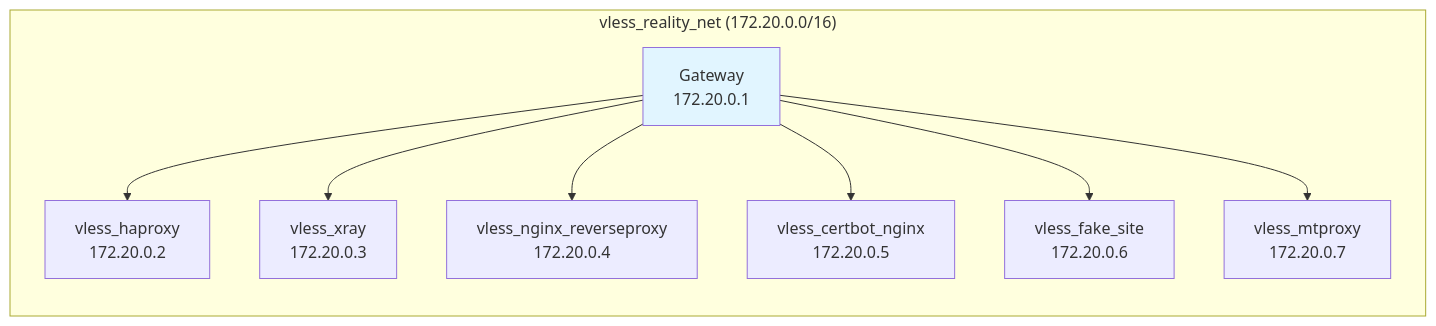
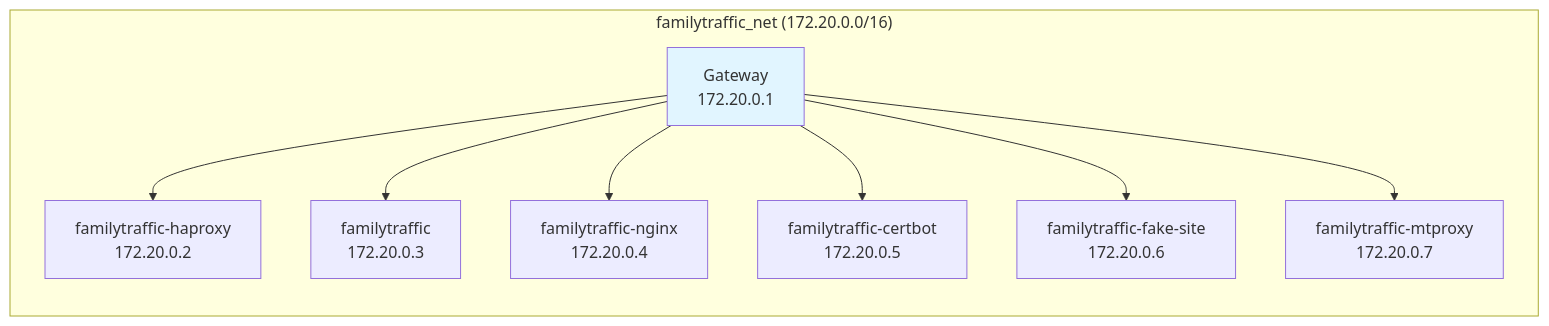
Before and after one commit to ikeniborn/vless: the eighth of 10 diagrams in docs/architecture/diagrams/deployment/docker-topology.md, drawn with Mermaid. The commit also changed other lines of this file and 66 other files, not shown here.

First line of the commit message:
refactor(rename): replace old project name 'vless' with 'familytraffic'

````diff
--- a/docs/architecture/diagrams/deployment/docker-topology.md
+++ b/docs/architecture/diagrams/deployment/docker-topology.md
@@ -349,21 +349,21 @@
 ```mermaid
 graph LR
-    subgraph "vless_reality_net (172.20.0.0/16)"
+    subgraph "familytraffic_net (172.20.0.0/16)"
         Gateway[Gateway<br/>172.20.0.1]
-        HAProxy[vless_haproxy<br/>172.20.0.2]
-        Xray[vless_xray<br/>172.20.0.3]
-        NginxRP[vless_nginx_reverseproxy<br/>172.20.0.4]
-        Certbot[vless_certbot_nginx<br/>172.20.0.5]
-        FakeSite[vless_fake_site<br/>172.20.0.6]
-        MTProxy[vless_mtproxy<br/>172.20.0.7]
+        HAProxy[familytraffic-haproxy<br/>172.20.0.2]
+        Xray[familytraffic<br/>172.20.0.3]
+        NginxRP[familytraffic-nginx<br/>172.20.0.4]
+        Certbot[familytraffic-certbot<br/>172.20.0.5]
+        FakeSite[familytraffic-fake-site<br/>172.20.0.6]
+        MTProxy[familytraffic-mtproxy<br/>172.20.0.7]
     end
 
     Gateway --> HAProxy
     Gateway --> Xray
     Gateway --> NginxRP
     Gateway --> Certbot
     Gateway --> FakeSite
     Gateway --> MTProxy
 
     style Gateway fill:#e1f5ff
 ```
````
